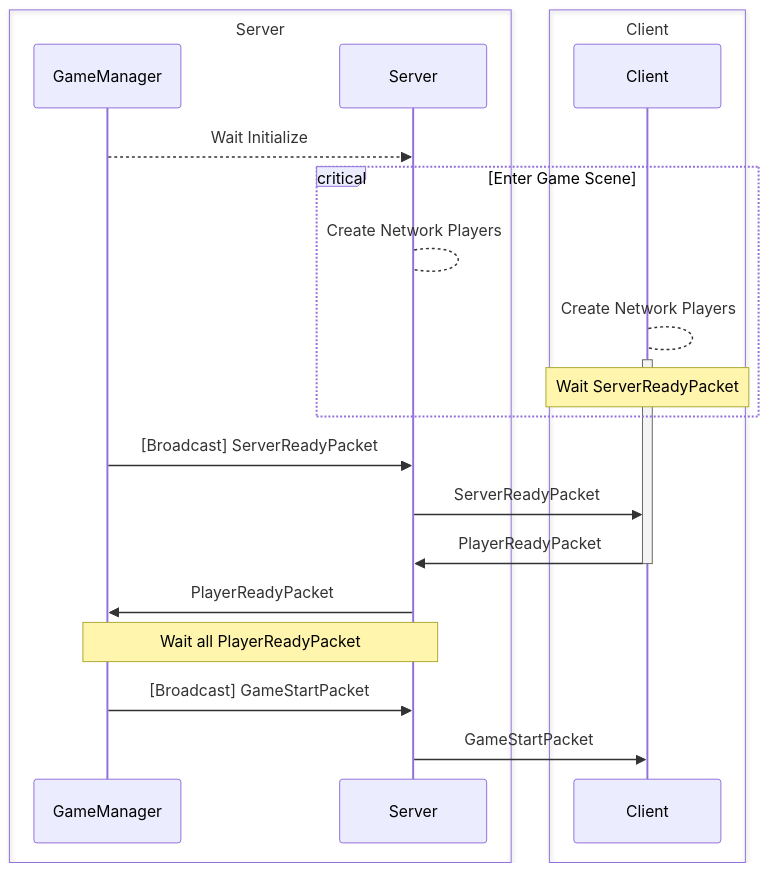
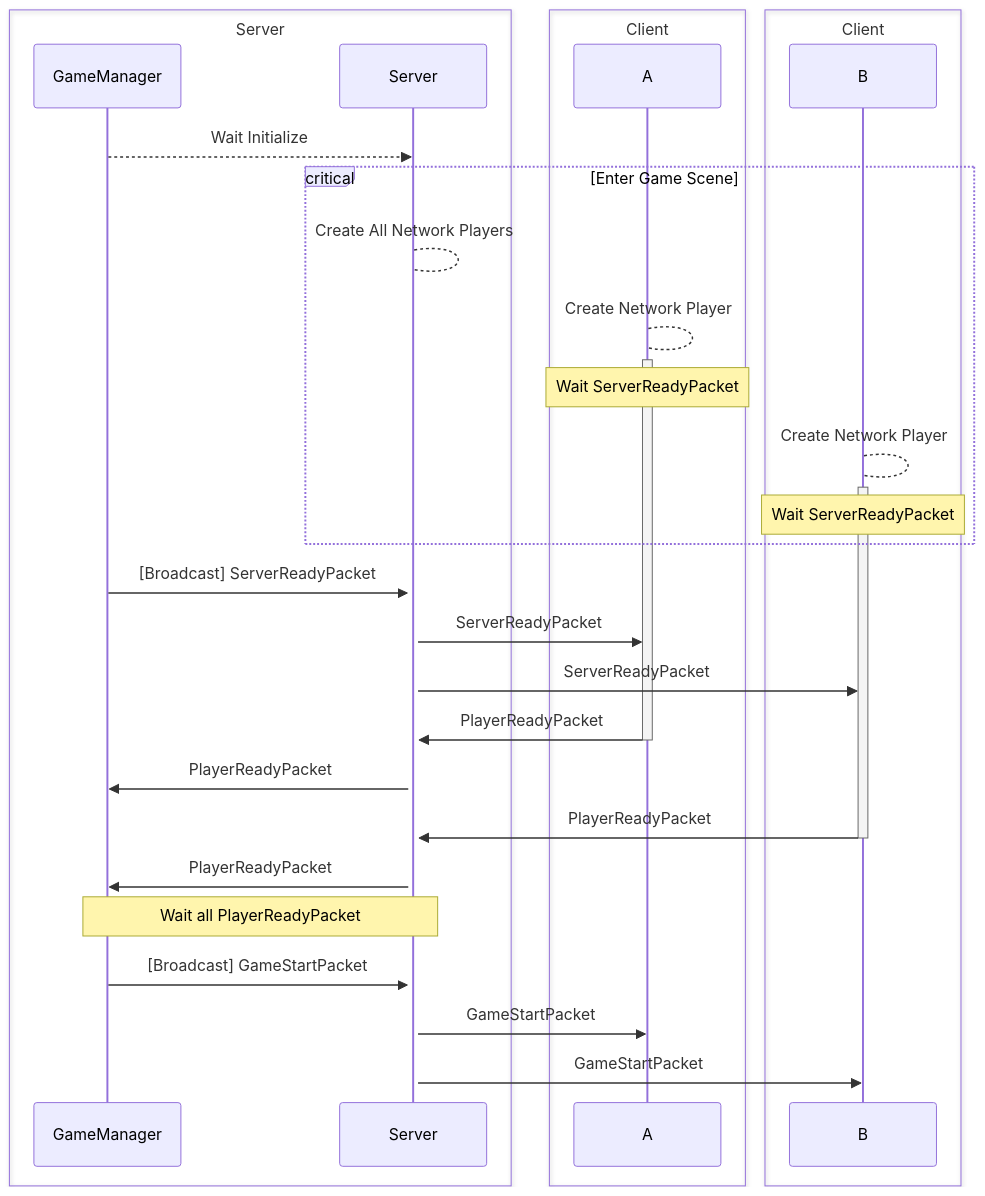
The second of 2 diagrams in README.md (JacKooDesu/TBL_Simulator), drawn with Mermaid before and after one commit.

````diff
--- a/README.md
+++ b/README.md
@@ -27,31 +27,41 @@
 ```mermaid
 sequenceDiagram
 
 box Server
 participant M as GameManager
 participant S as Server
 end
 box Client
-participant C as Client
+participant P1 as A
+end
+box Client
+participant P2 as B
 end
 
 M -->> S: Wait Initialize
 
 critical Enter Game Scene
-S --> S: Create Network Players
-C --> +C: Create Network Players
-Note over C: Wait ServerReadyPacket
+S --> +S: Create All Network Players
+P1 --> +P1: Create Network Player
+Note over P1: Wait ServerReadyPacket
+P2 --> +P2: Create Network Player
+Note over P2: Wait ServerReadyPacket
 end
 
 M ->> S: [Broadcast] ServerReadyPacket
-S ->> C: ServerReadyPacket
+S ->> P1: ServerReadyPacket
+S ->> P2: ServerReadyPacket
 
-C ->> -S: PlayerReadyPacket
+P1 ->> -S: PlayerReadyPacket
+S ->> M: PlayerReadyPacket
 
+P2 ->> -S: PlayerReadyPacket
 S ->> M: PlayerReadyPacket
+
 Note over S,M: Wait all PlayerReadyPacket
 
 M ->> S: [Broadcast] GameStartPacket
-S ->> C: GameStartPacket
+S ->> P1: GameStartPacket
+S ->> P2: GameStartPacket
 
 ```
````
